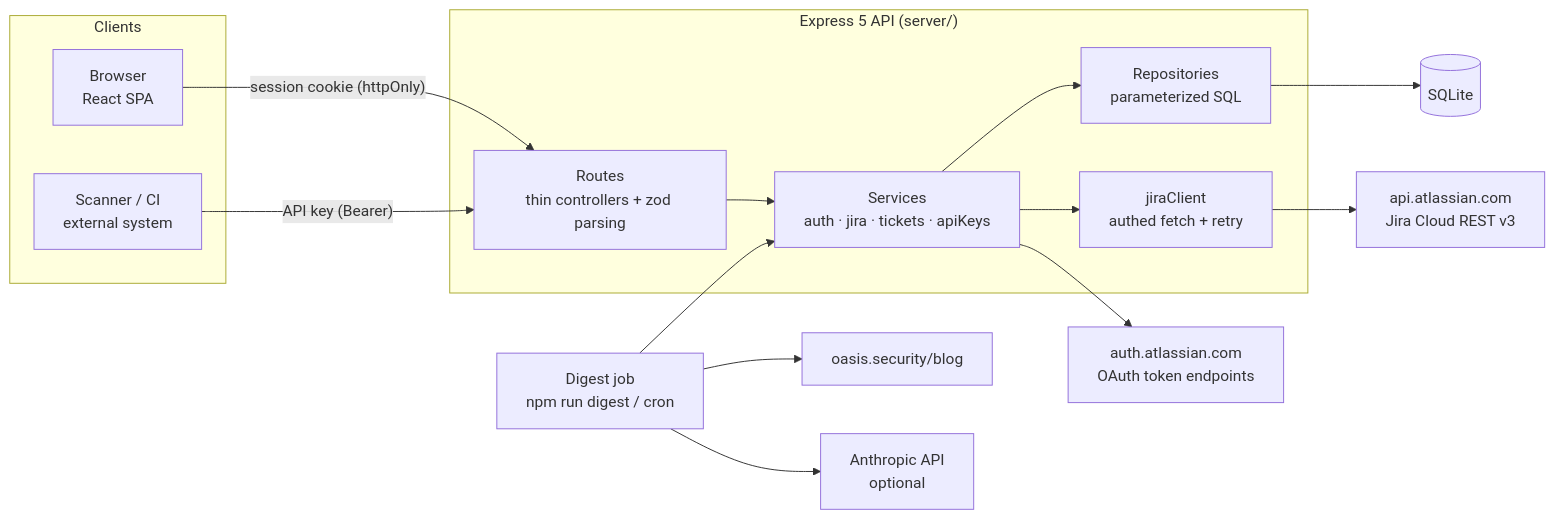
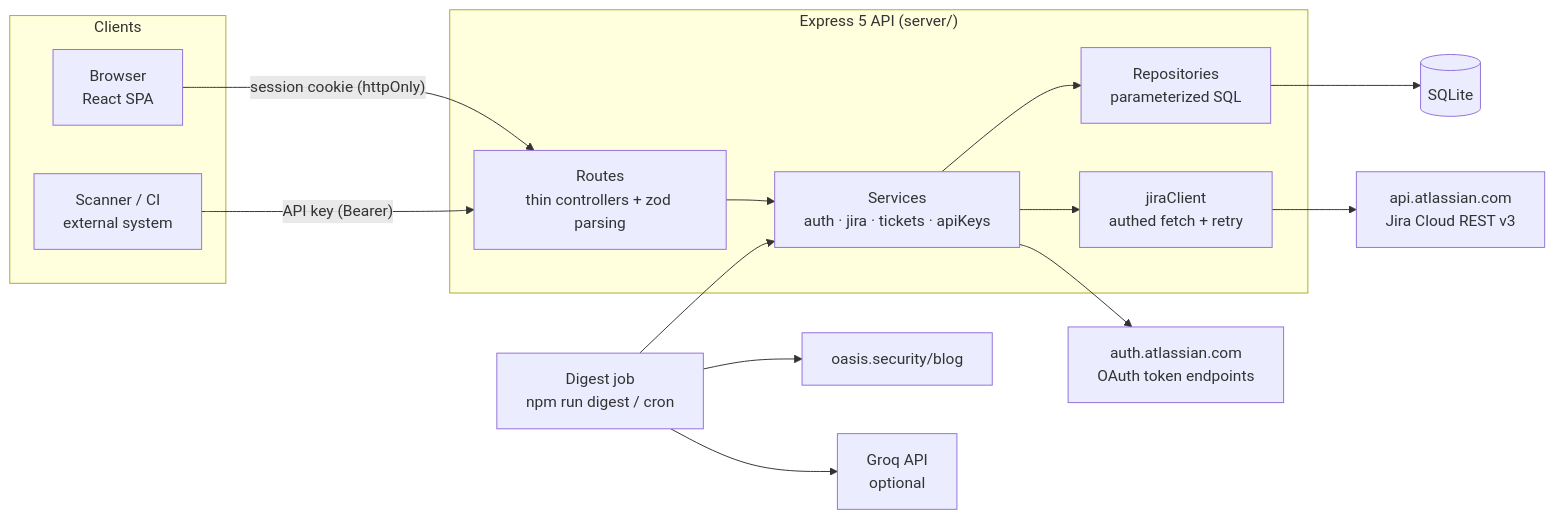
Before and after one commit to lerman01/IdentityHub: the first of 4 diagrams in docs/ARCHITECTURE.md, drawn with Mermaid. The commit also changed 10 other files, not shown here.

First line of the commit message:
feat: summarize digest posts with Groq instead of Anthropic

````diff
--- a/docs/ARCHITECTURE.md
+++ b/docs/ARCHITECTURE.md
@@ -5,29 +5,29 @@
 ```mermaid
 flowchart LR
     subgraph Clients
         B[Browser<br/>React SPA]
         S[Scanner / CI<br/>external system]
     end
 
     subgraph Server["Express 5 API (server/)"]
         R[Routes<br/>thin controllers + zod parsing]
         SV[Services<br/>auth · jira · tickets · apiKeys]
         RP[Repositories<br/>parameterized SQL]
         JC[jiraClient<br/>authed fetch + retry]
     end
 
     DB[(SQLite)]
     AT[auth.atlassian.com<br/>OAuth token endpoints]
     JA[api.atlassian.com<br/>Jira Cloud REST v3]
     BLOG[oasis.security/blog]
-    CLAUDE[Anthropic API<br/>optional]
+    GROQ[Groq API<br/>optional]
 
     B -- "session cookie (httpOnly)" --> R
     S -- "API key (Bearer)" --> R
     R --> SV --> RP --> DB
     SV --> JC --> JA
     SV --> AT
     D[Digest job<br/>npm run digest / cron] --> SV
     D --> BLOG
-    D --> CLAUDE
+    D --> GROQ
 ```
````
